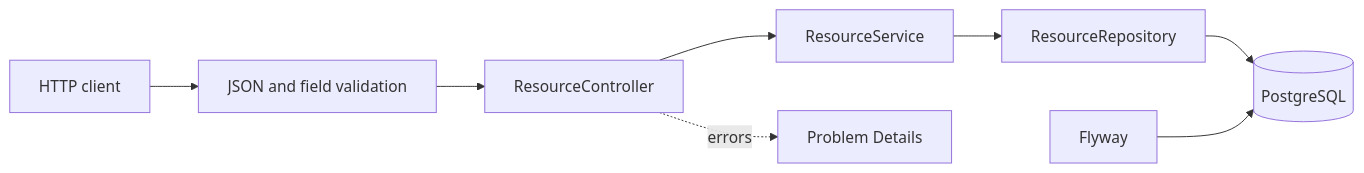
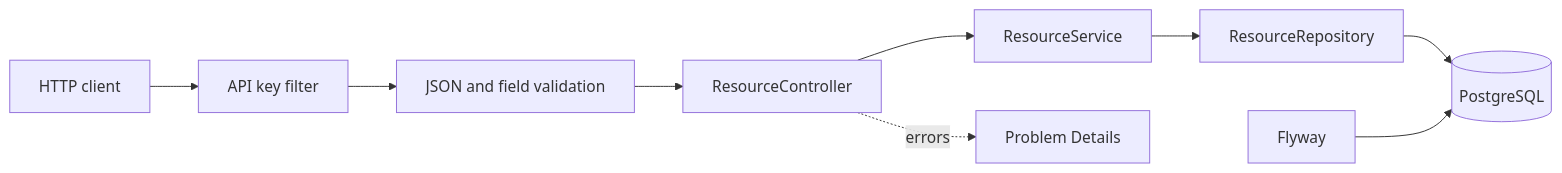
Before and after one commit to miguelgarglez/learning-inbox: the diagram in README.md, drawn with Mermaid. The commit also changed other lines of this file and 29 other files, not shown here.

````diff
--- a/README.md
+++ b/README.md
@@ -78,10 +83,11 @@
 ```mermaid
 flowchart LR
-    Client[HTTP client] --> Validation[JSON and field validation]
+    Client[HTTP client] --> Security[API key filter]
+    Security --> Validation[JSON and field validation]
     Validation --> Controller[ResourceController]
     Controller --> Service[ResourceService]
     Service --> Repository[ResourceRepository]
     Repository --> Postgres[(PostgreSQL)]
     Flyway[Flyway] --> Postgres
     Controller -. errors .-> Problems[Problem Details]
 ```
````
